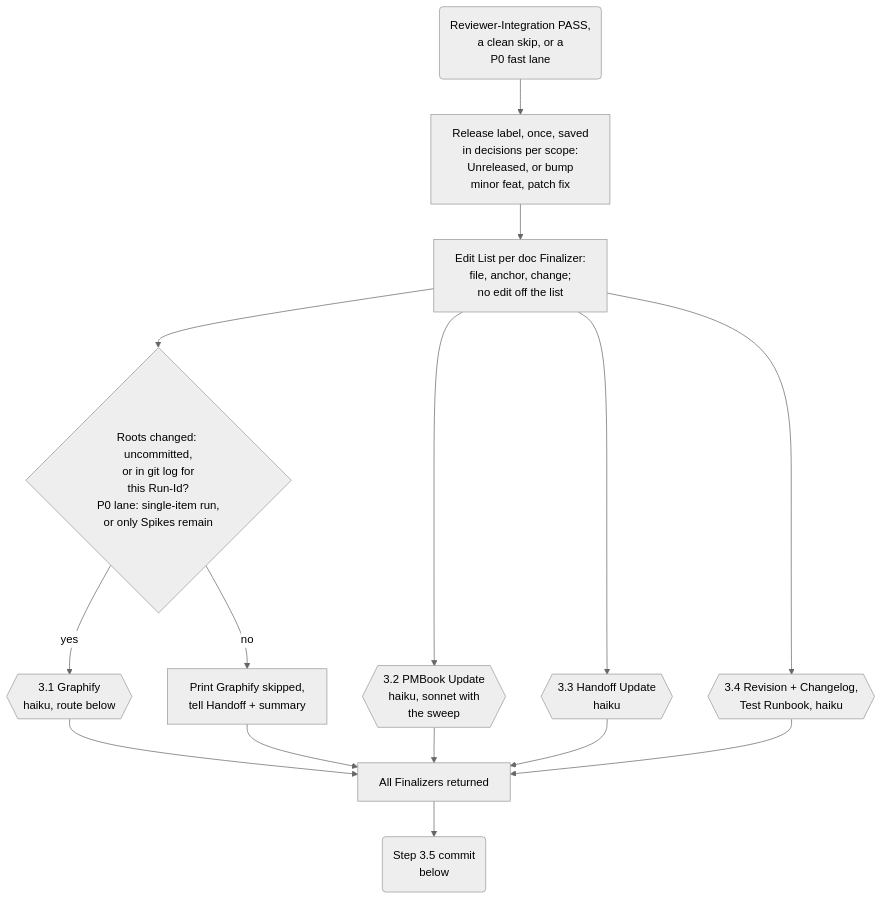
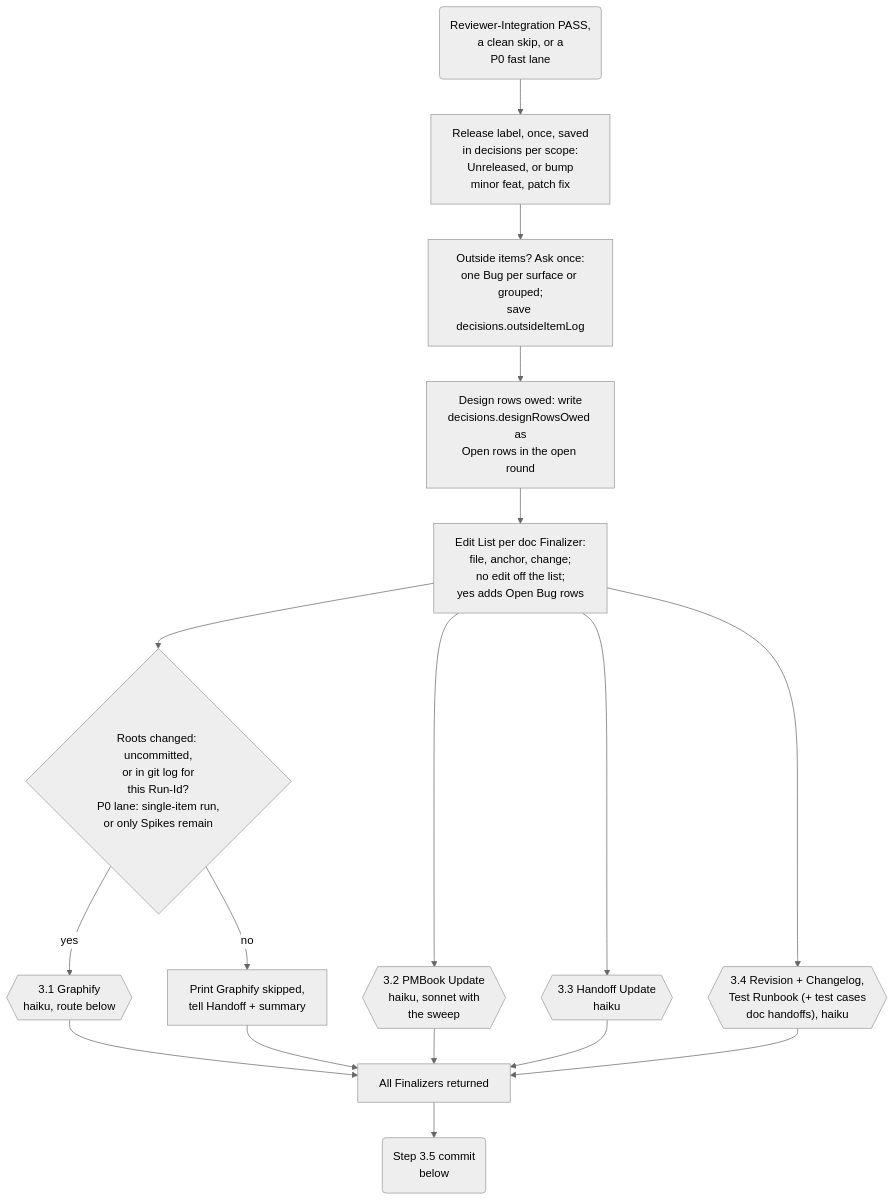
One commit to muhammedalikhan86/claude-stash changed the first of 5 diagrams in skills/plugin-orchestrator-development-pattern/mermaid/07-phase3-finalization.md. Above: the diagram before and after it, drawn with Mermaid (neutral theme). The commit also changed other lines of this file and 32 other files, not shown here.

First line of the commit message:
feat(orchestrators): round of test-run fixes across both orchestrators and agents

````diff
--- a/skills/plugin-orchestrator-development-pattern/mermaid/07-phase3-finalization.md
+++ b/skills/plugin-orchestrator-development-pattern/mermaid/07-phase3-finalization.md
@@ -5,17 +5,19 @@
 ```mermaid
 flowchart TD
     S0("Reviewer-Integration PASS,<br/>a clean skip, or a<br/>P0 fast lane") --> Label["Release label, once, saved<br/>in decisions per scope:<br/>Unreleased, or bump<br/>minor feat, patch fix"]
-    Label --> Lists["Edit List per doc Finalizer:<br/>file, anchor, change;<br/>no edit off the list"]
+    Label --> Out["Outside items? Ask once:<br/>one Bug per surface or grouped;<br/>save decisions.outsideItemLog"]
+    Out --> Owed["Design rows owed: write<br/>decisions.designRowsOwed as<br/>Open rows in the open round"]
+    Owed --> Lists["Edit List per doc Finalizer:<br/>file, anchor, change;<br/>no edit off the list;<br/>yes adds Open Bug rows"]
     Lists --> G{"Roots changed: uncommitted,<br/>or in git log for<br/>this Run-Id?<br/>P0 lane: single-item run,<br/>or only Spikes remain"}
     G -->|"no"| GS["Print Graphify skipped,<br/>tell Handoff + summary"]
     G -->|"yes"| GF{{"3.1 Graphify<br/>haiku, route below"}}
     Lists --> PM{{"3.2 PMBook Update<br/>haiku, sonnet with<br/>the sweep"}}
     Lists --> HO{{"3.3 Handoff Update<br/>haiku"}}
-    Lists --> RC{{"3.4 Revision + Changelog,<br/>Test Runbook, haiku"}}
+    Lists --> RC{{"3.4 Revision + Changelog,<br/>Test Runbook (+ test cases<br/>doc handoffs), haiku"}}
     GF --> Wait
     GS --> Wait
     PM --> Wait
     HO --> Wait
     RC --> Wait["All Finalizers returned"]
     Wait --> Commit("Step 3.5 commit<br/>below")
 ```
````
